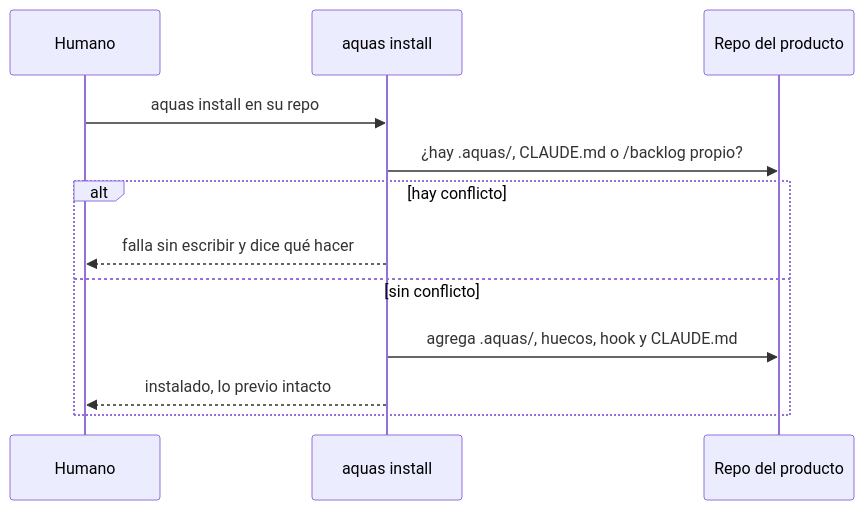
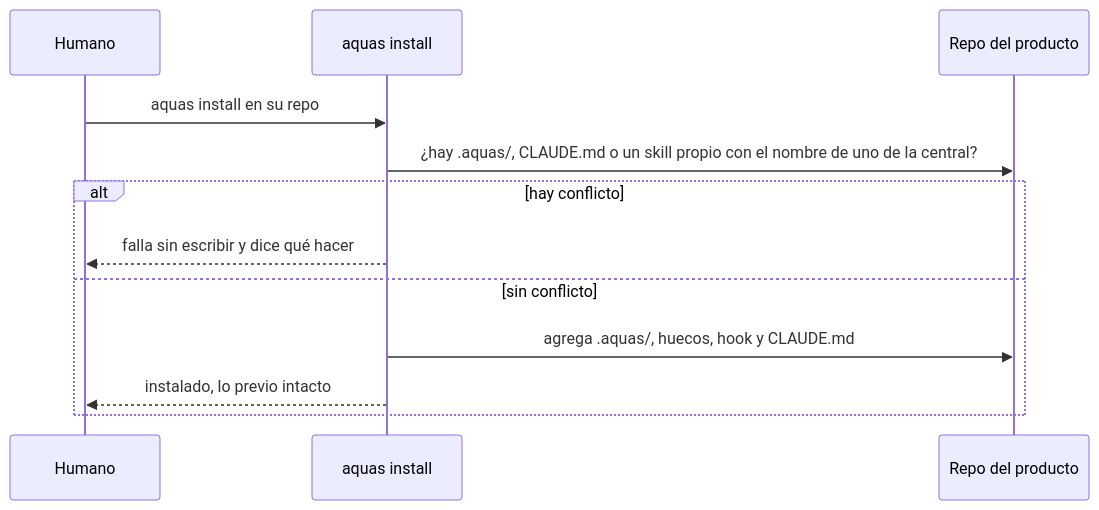
One commit to jliberal-aquas/aquas-central-harness-government changed the diagram in docs/E002/F002/S002.md. Above: the diagram before and after it, drawn with Mermaid. The commit also changed other lines of this file and 25 other files, not shown here.

First line of the commit message:
E001/F018/S001: /retro canónico y cada skill de la central viaja al hijo

````diff
--- a/docs/E002/F002/S002.md
+++ b/docs/E002/F002/S002.md
@@ -66,14 +66,14 @@
 ```mermaid
 sequenceDiagram
     participant H as Humano
     participant I as aquas install
     participant R as Repo del producto
     H->>I: aquas install en su repo
-    I->>R: ¿hay .aquas/, CLAUDE.md o /backlog propio?
+    I->>R: ¿hay .aquas/, CLAUDE.md o un skill propio con el nombre de uno de la central?
     alt hay conflicto
         I-->>H: falla sin escribir y dice qué hacer
     else sin conflicto
         I->>R: agrega .aquas/, huecos, hook y CLAUDE.md
         I-->>H: instalado, lo previo intacto
     end
 ```
````
